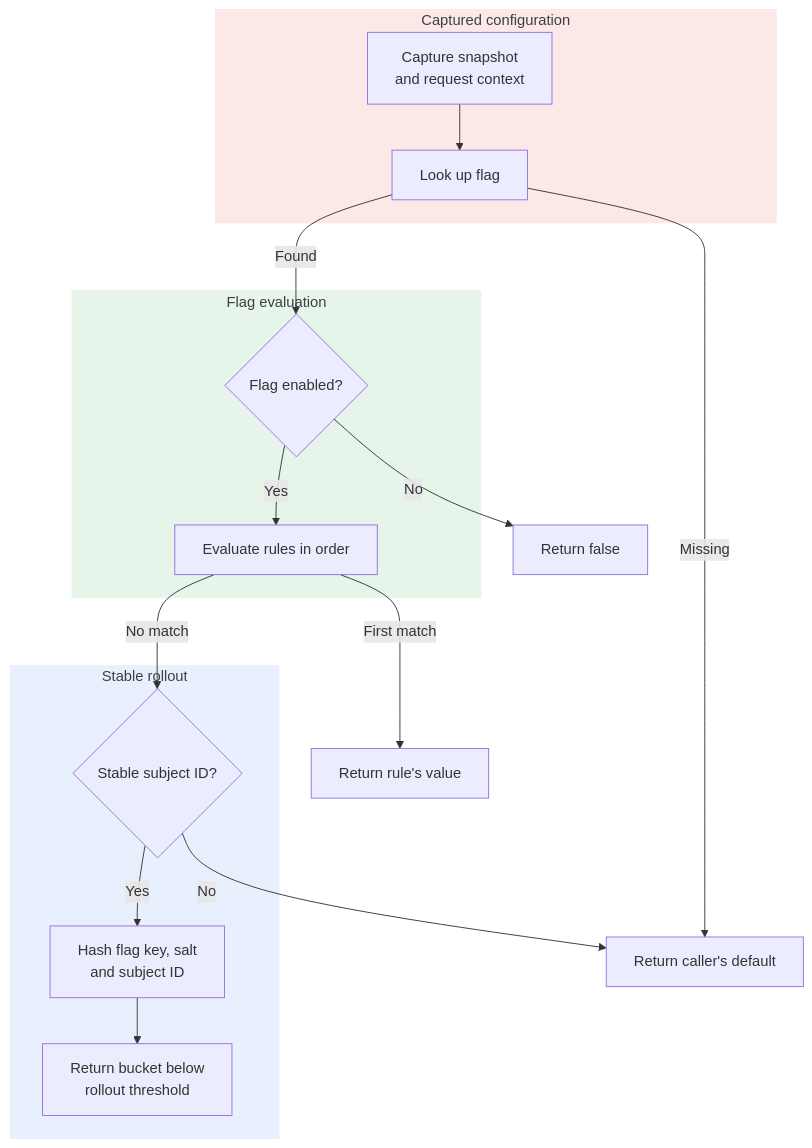
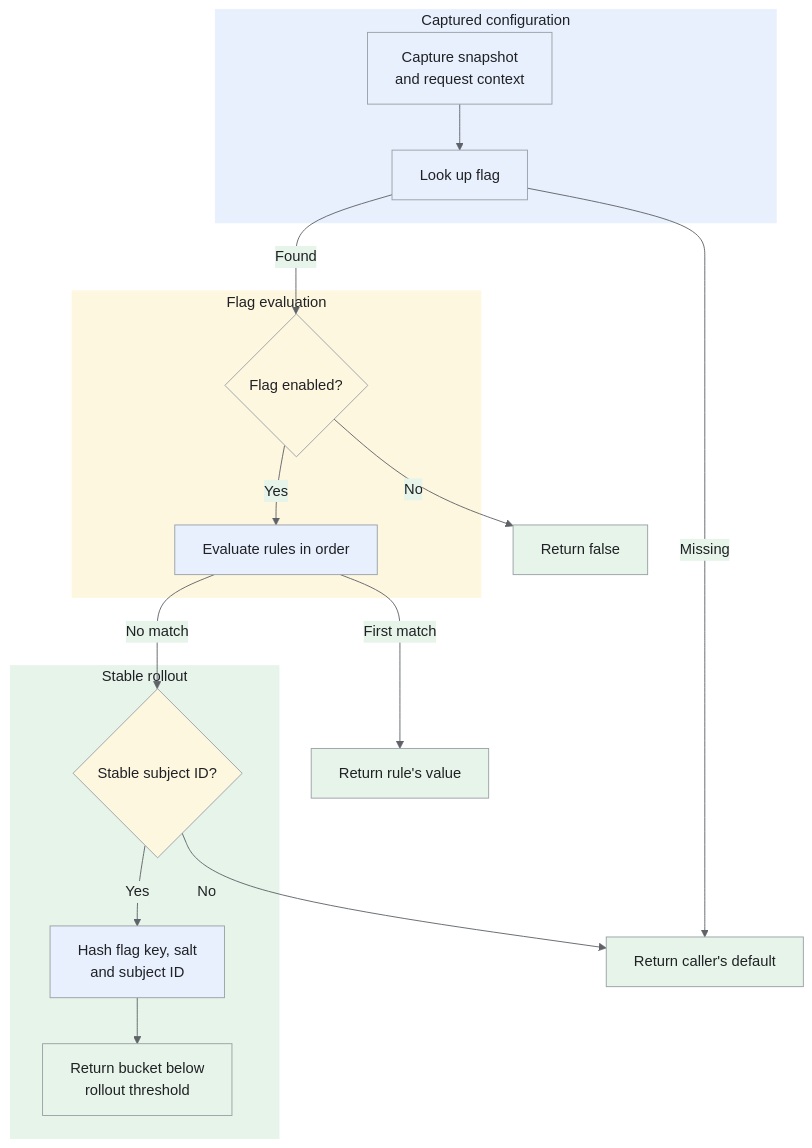
The second of 3 diagrams in _designs/low-level-design-feature-flag-evaluator.md (iliazlobin/iliazlobin.github.io), drawn with Mermaid before and after one commit. The commit also changed other lines of this file and 5 other files, not shown here.

Commit message:
Fix Mermaid label fonts and align feature-flag design

````diff
--- a/_designs/low-level-design-feature-flag-evaluator.md
+++ b/_designs/low-level-design-feature-flag-evaluator.md
@@ -76,29 +102,36 @@
 ```mermaid
+%%{init: {"theme":"base","themeVariables":{"primaryColor":"#e8f0fe","primaryBorderColor":"#9aa0a6","primaryTextColor":"#202124","secondaryColor":"#e6f4ea","tertiaryColor":"#fef7e0","lineColor":"#5f6368","actorBkg":"#e8f0fe","actorBorder":"#9aa0a6","actorTextColor":"#202124","noteBkgColor":"#fef7e0","noteBorderColor":"#9aa0a6","noteTextColor":"#202124","signalColor":"#5f6368","signalTextColor":"#202124"}}}%%
 flowchart TB
     accTitle: Feature flag evaluation
     accDescr: Capture one configuration, apply the off switch and targeting rules, then use a stable rollout if no rule matches.
     subgraph Request["Captured configuration"]
         A["Capture snapshot<br>and request context"] --> B["Look up flag"]
     end
     subgraph Targeting["Flag evaluation"]
         C{"Flag enabled?"}
         D["Evaluate rules in order"]
     end
     subgraph Rollout["Stable rollout"]
         E{"Stable subject ID?"}
         H["Hash flag key, salt<br>and subject ID"]
         T["Return bucket below<br>rollout threshold"]
     end
     B -->|"Missing"| F["Return caller's default"]
     B -->|"Found"| C
     C -->|"No"| OFF["Return false"]
     C -->|"Yes"| D
     D -->|"First match"| R["Return rule's value"]
     D -->|"No match"| E
     E -->|"No"| F
     E -->|"Yes"| H
     H --> T
-    style Request fill:#fce8e6,stroke:#fce8e6,color:#3c4043
-    style Targeting fill:#e6f4ea,stroke:#e6f4ea,color:#3c4043
-    style Rollout fill:#e8f0fe,stroke:#e8f0fe,color:#3c4043
+    classDef request fill:#e8f0fe,stroke:#9aa0a6,color:#202124
+    classDef data fill:#e6f4ea,stroke:#9aa0a6,color:#202124
+    classDef control fill:#fef7e0,stroke:#9aa0a6,color:#202124
+    class A,B,D,H request
+    class F,OFF,R,T data
+    class C,E control
+    style Request fill:#e8f0fe,stroke:#e8f0fe,color:#202124
+    style Targeting fill:#fef7e0,stroke:#fef7e0,color:#202124
+    style Rollout fill:#e6f4ea,stroke:#e6f4ea,color:#202124
 ```
````
